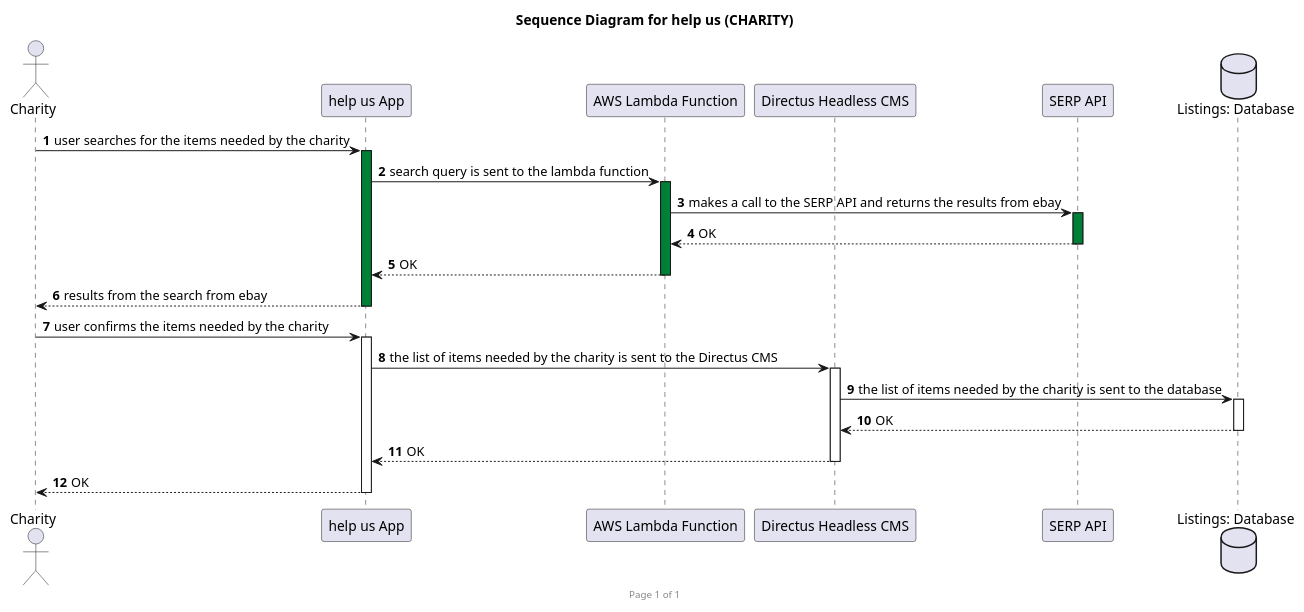
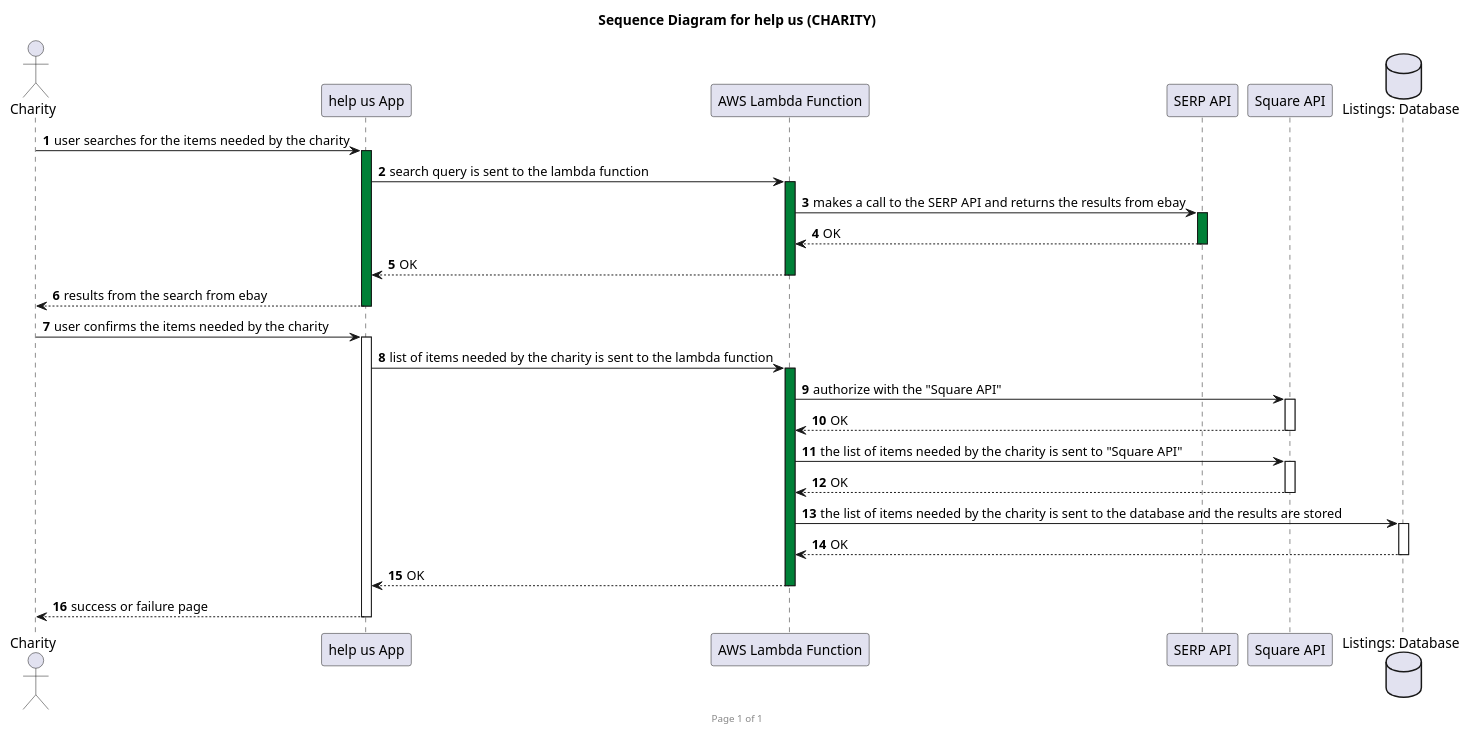
One commit to help-us-app/help-us-architecture-diagrams changed the diagram in diagrams/sequence_diagram_charity.puml. Above: the diagram before and after it, drawn with PlantUML.

```diff
--- a/diagrams/sequence_diagram_charity.puml
+++ b/diagrams/sequence_diagram_charity.puml
@@ -1,46 +1,53 @@
 @startuml "Sequence Diagram for help us (CHARITY)"
 title "Sequence Diagram for help us (CHARITY)"
 footer Page %page% of %lastpage%
 
 autonumber
 autoactivate on
 
 actor Charity as charity
 
 participant "help us App" as help_us_app
 
 participant "AWS Lambda Function" as api_lambda
 
-participant "Directus Headless CMS" as api_directus
-
 participant "SERP API" as boundary_serp_api
 
+participant "Square API" as boundary_square_api
+
 database "Listings: Database" as db_listings
-
 
 charity -> help_us_app #008037 : user searches for the items needed by the charity
 
 help_us_app -> api_lambda #008037 : search query is sent to the lambda function
 
 api_lambda -> boundary_serp_api #008037 : makes a call to the SERP API and returns the results from ebay
 
 return OK
 
 return OK
 
 return results from the search from ebay
 
 charity -> help_us_app : user confirms the items needed by the charity
 
-help_us_app -> api_directus : the list of items needed by the charity is sent to the Directus CMS
+help_us_app -> api_lambda #008037 : list of items needed by the charity is sent to the lambda function
 
-api_directus -> db_listings : the list of items needed by the charity is sent to the database
+api_lambda -> boundary_square_api : authorize with the "Square API"
+
+return OK
+
+api_lambda -> boundary_square_api : the list of items needed by the charity is sent to "Square API"
+
+return OK
+
+
+api_lambda -> db_listings : the list of items needed by the charity is sent to the database and the results are stored
 
 return OK
 
 return OK
 
-return OK
-
+return success or failure page
 
 @enduml
```
